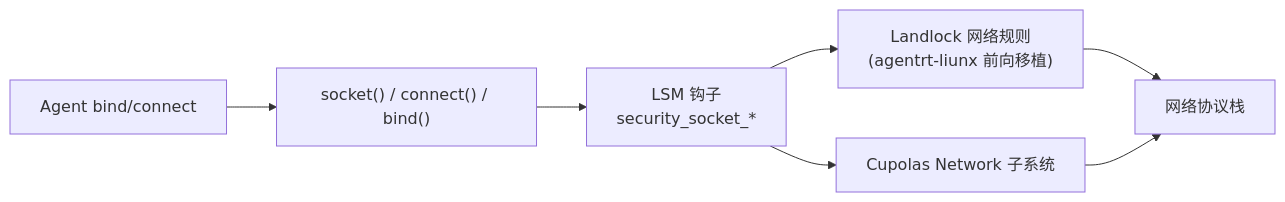
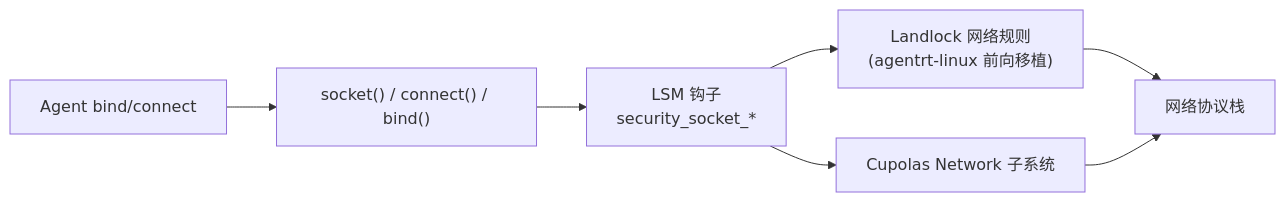
One commit to openairymax/docs changed the second of 2 diagrams in AirymaxOS/110-security/02-landlock-sandbox.md. Above: the diagram before and after it, drawn with Mermaid. The commit also changed other lines of this file and 75 other files, not shown here.

````diff
--- a/AirymaxOS/110-security/02-landlock-sandbox.md
+++ b/AirymaxOS/110-security/02-landlock-sandbox.md
@@ -252,9 +252,9 @@
 ```mermaid
 flowchart LR
     APP["Agent bind/connect"] --> SC["socket() / connect() / bind()"]
     SC --> LSM["LSM 钩子<br/>security_socket_*"]
-    LSM --> LL["Landlock 网络规则<br/>(agentrt-liunx 前向移植)"]
+    LSM --> LL["Landlock 网络规则<br/>(agentrt-linux 前向移植)"]
     LSM --> CUP["Cupolas Network 子系统"]
     LL --> NET["网络协议栈"]
     CUP --> NET
 ```
````
